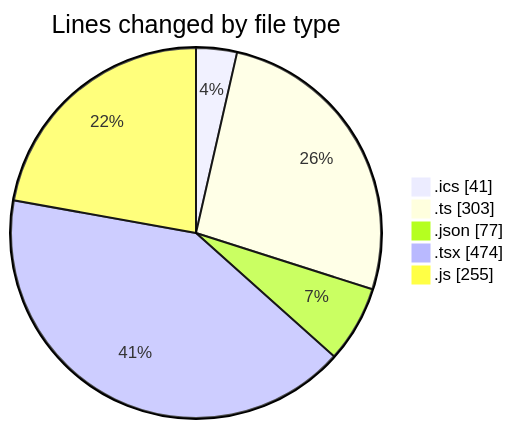
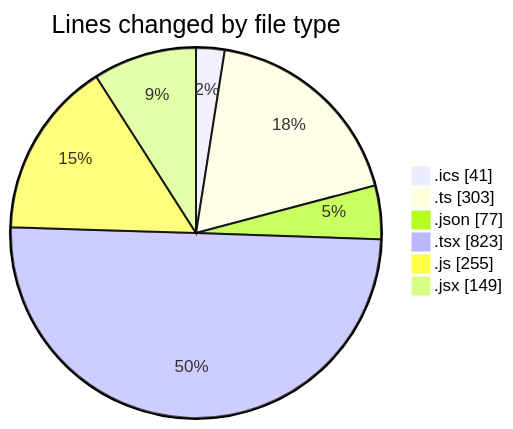
One commit to momahboobian/code-tracking changed the first of 2 diagrams in 2025-10-28/cda/README.md. Above: the diagram before and after it, drawn with Mermaid. The commit also changed other lines of this file and 1 other file, not shown here.

````diff
--- a/2025-10-28/cda/README.md
+++ b/2025-10-28/cda/README.md
@@ -30,9 +33,10 @@
 ```mermaid
 pie showData
 title Lines changed by file type
 ".ics" : 41
 ".ts" : 303
 ".json" : 77
-".tsx" : 474
+".tsx" : 823
 ".js" : 255
+".jsx" : 149
 ```
````
